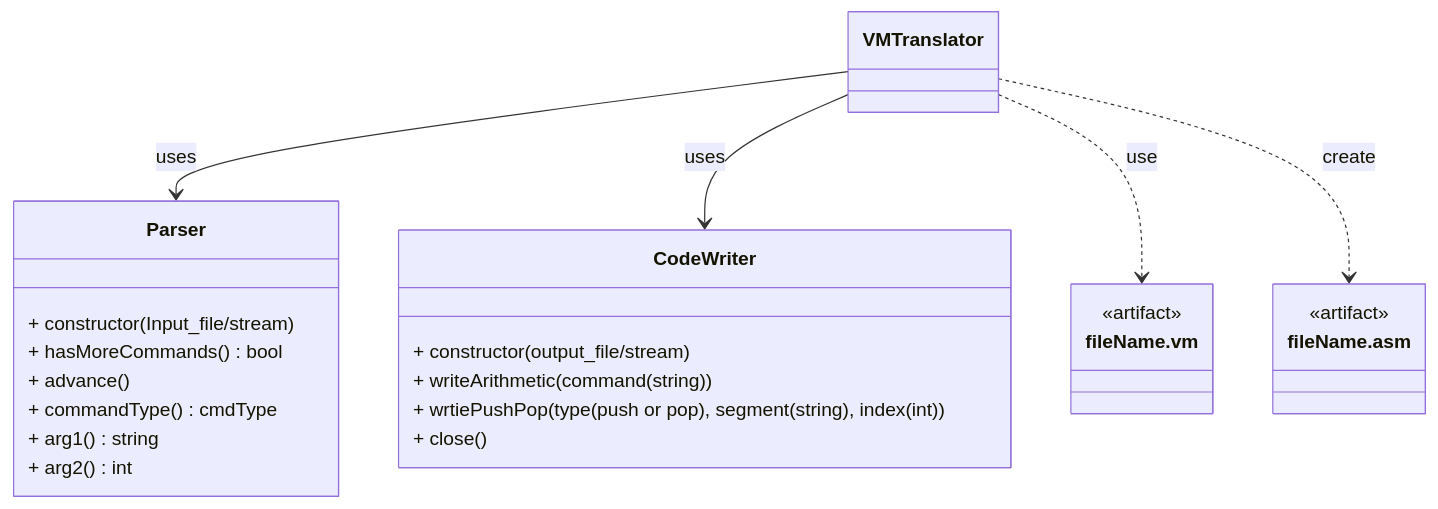
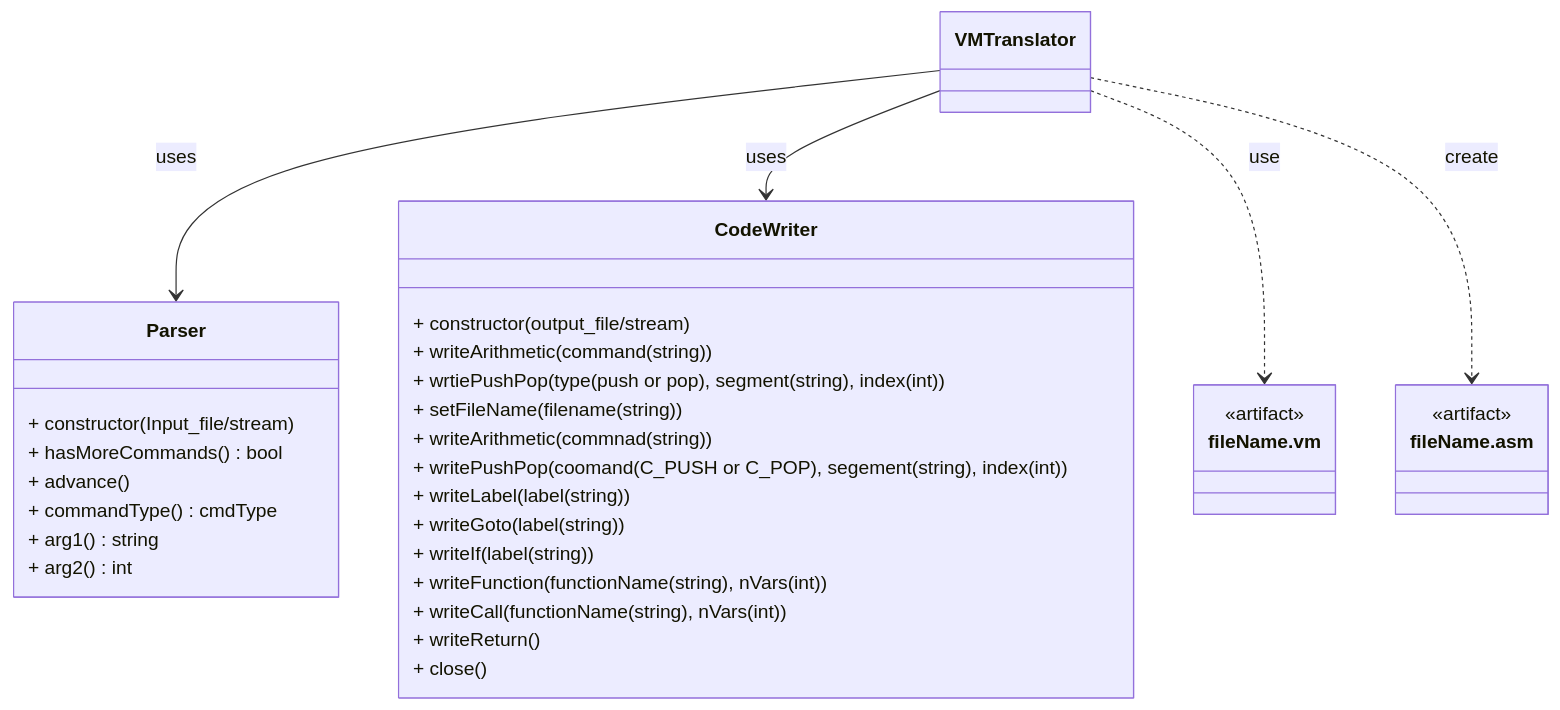
The diagram in README.md (peace338/vm_translator), drawn with Mermaid before and after one commit.

Commit message:
add api will be implemented

````diff
--- a/README.md
+++ b/README.md
@@ -15,30 +15,39 @@
 ```mermaid
 classDiagram
     class VMTranslator
     class Parser {
 		+ constructor(Input_file/stream)
 	    + hasMoreCommands() bool
 		+ advance() 
 		+ commandType() cmdType
         + arg1() string
         + arg2() int
 		  
     }
     class CodeWriter{
 	    + constructor(output_file/stream)
 	    + writeArithmetic(command(string))
 	    + wrtiePushPop(type(push or pop), segment(string), index(int))
+        + setFileName(filename(string))
+        + writeArithmetic(commnad(string))
+        + writePushPop(coomand(C_PUSH or C_POP), segement(string), index(int))
+        + writeLabel(label(string))
+        + writeGoto(label(string))
+        + writeIf(label(string))
+        + writeFunction(functionName(string), nVars(int))
+        + writeCall(functionName(string), nVars(int))
+        + writeReturn()
 	    + close()
     }
     class fileName.vm {
         <<artifact>>
     }
     class fileName.asm {
         <<artifact>>
     }
 
     VMTranslator --> Parser : uses
     VMTranslator --> CodeWriter : uses
     VMTranslator ..> fileName.vm : use
     VMTranslator ..> fileName.asm : create
 ```
````
